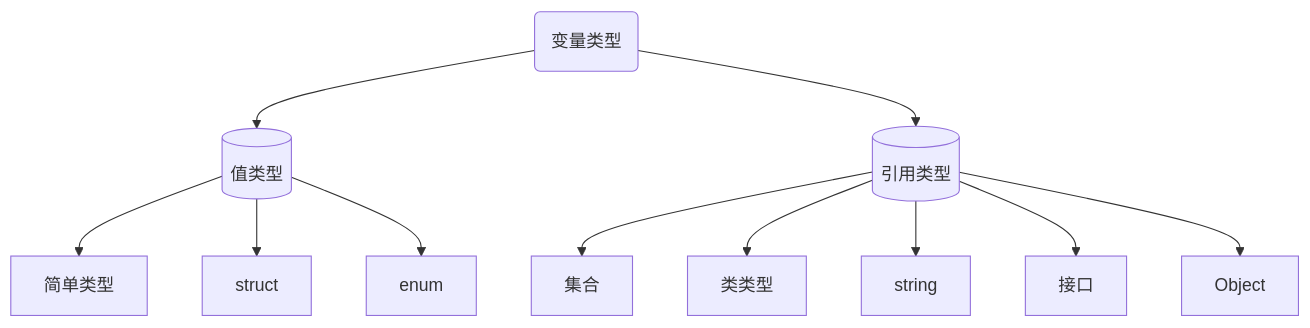
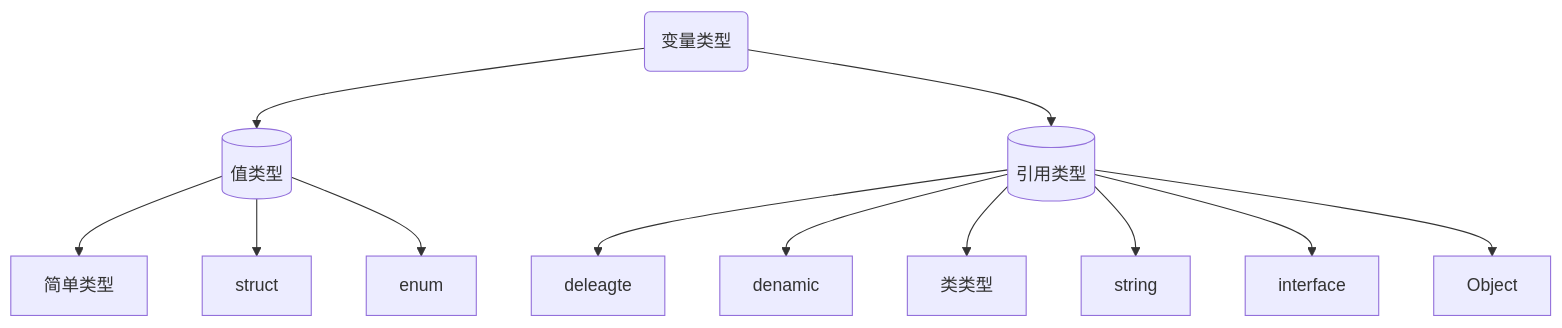
Before and after one commit to xiaoYoc/CSharp-Learning-Notes-In-a-Nutshell: the fourth of 4 diagrams in Readme.md, drawn with Mermaid. The commit also changed other lines of this file and 11 other files, not shown here.

````diff
--- a/Readme.md
+++ b/Readme.md
@@ -219,13 +253,14 @@
 ```mermaid
 flowchart TD
 A(变量类型) --> B[(值类型)]
 A --> C[(引用类型)]
 B --> 简单类型
 B --> struct
 B --> enum
-C --> 集合
+C --> deleagte
+C --> denamic
 C --> 类类型
 C-->string
-C-->接口
+C-->interface
 C-->Object
 ```
````
